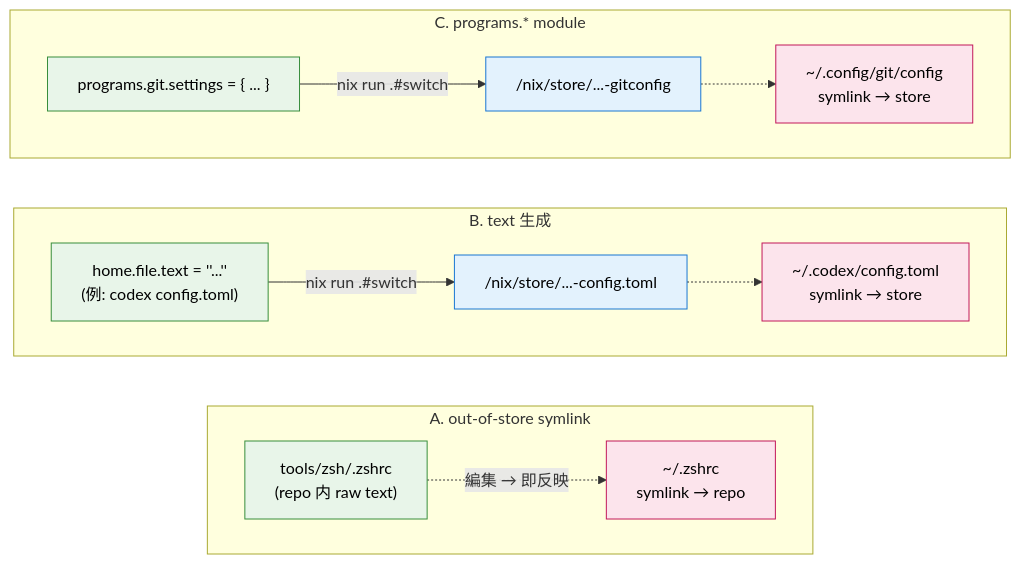
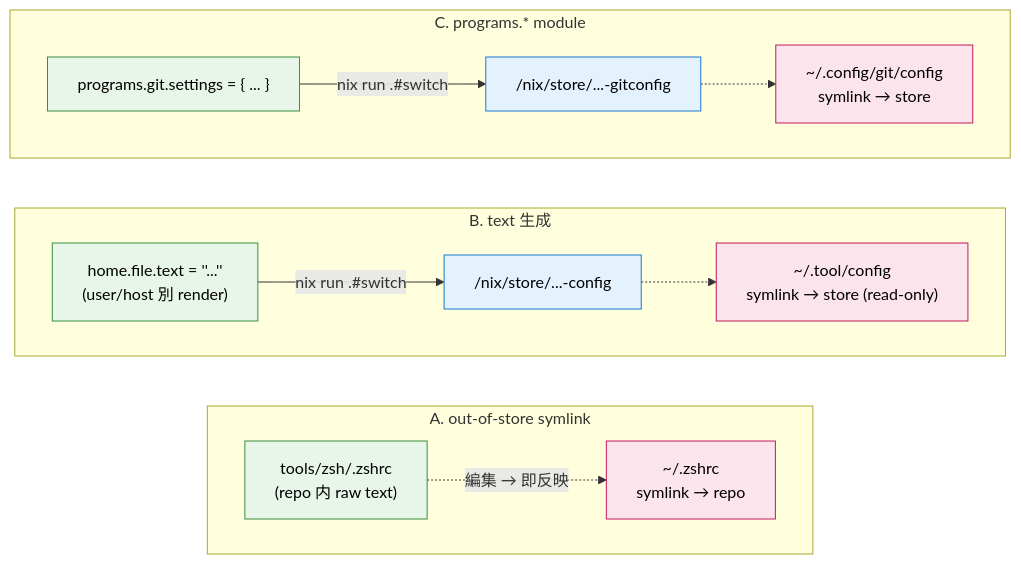
The second of 3 diagrams in docs/design-philosophy-ja.md (danimal141/dotfiles), drawn with Mermaid before and after one commit. The commit also changed other lines of this file and 10 other files, not shown here.

First line of the commit message:
refactor(codex): manage config.toml via pkgs.formats.toml and trim MCP to context7/terraform

````diff
--- a/docs/design-philosophy-ja.md
+++ b/docs/design-philosophy-ja.md
@@ -97,29 +97,29 @@
 ```mermaid
 flowchart LR
     classDef src fill:#e8f5e9,stroke:#388e3c,color:#000
     classDef store fill:#e3f2fd,stroke:#1976d2,color:#000
     classDef home fill:#fce4ec,stroke:#c2185b,color:#000
 
     subgraph A["A. out-of-store symlink"]
         direction LR
         ARepo["tools/zsh/.zshrc<br/>(repo 内 raw text)"]:::src
         AHome["~/.zshrc<br/>symlink → repo"]:::home
         ARepo -.->|"編集 → 即反映"| AHome
     end
 
     subgraph B["B. text 生成"]
         direction LR
-        BNix["home.file.text = ''...''<br/>(例: codex config.toml)"]:::src
-        BStore["/nix/store/...-config.toml"]:::store
-        BHome["~/.codex/config.toml<br/>symlink → store"]:::home
+        BNix["home.file.text = ''...''<br/>(user/host 別 render)"]:::src
+        BStore["/nix/store/...-config"]:::store
+        BHome["~/.tool/config<br/>symlink → store (read-only)"]:::home
         BNix -->|"nix run .#switch"| BStore -.-> BHome
     end
 
     subgraph C["C. programs.* module"]
         direction LR
         CNix["programs.git.settings = { ... }"]:::src
         CStore["/nix/store/...-gitconfig"]:::store
         CHome["~/.config/git/config<br/>symlink → store"]:::home
         CNix -->|"nix run .#switch"| CStore -.-> CHome
     end
 ```
````
